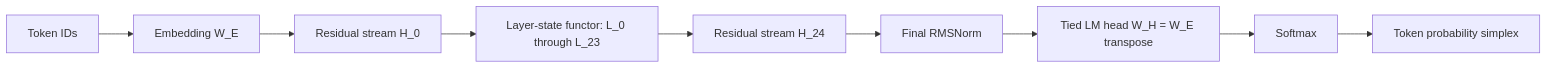
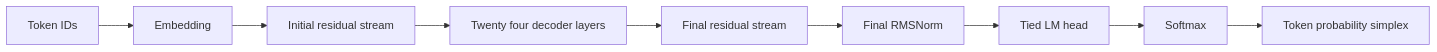
The first of 5 diagrams in docs/smollm2-category-diagrams.md (dikini/wptllm), drawn with Mermaid before and after one commit. The commit also changed other lines of this file and 1 other file, not shown here.

Commit message:
fix: simplify Mermaid diagram labels

````diff
--- a/docs/smollm2-category-diagrams.md
+++ b/docs/smollm2-category-diagrams.md
@@ -31,13 +31,13 @@
 ```mermaid
 flowchart LR
   tok[Token IDs]
-  emb[Embedding W_E]
-  h0[Residual stream H_0]
-  layers[Layer-state functor: L_0 through L_23]
-  h24[Residual stream H_24]
+  emb[Embedding]
+  h0[Initial residual stream]
+  layers[Twenty four decoder layers]
+  h24[Final residual stream]
   norm[Final RMSNorm]
-  head[Tied LM head W_H = W_E transpose]
+  head[Tied LM head]
   softmax[Softmax]
   probs[Token probability simplex]
   tok --> emb --> h0 --> layers --> h24 --> norm --> head --> softmax --> probs
 ```
````
